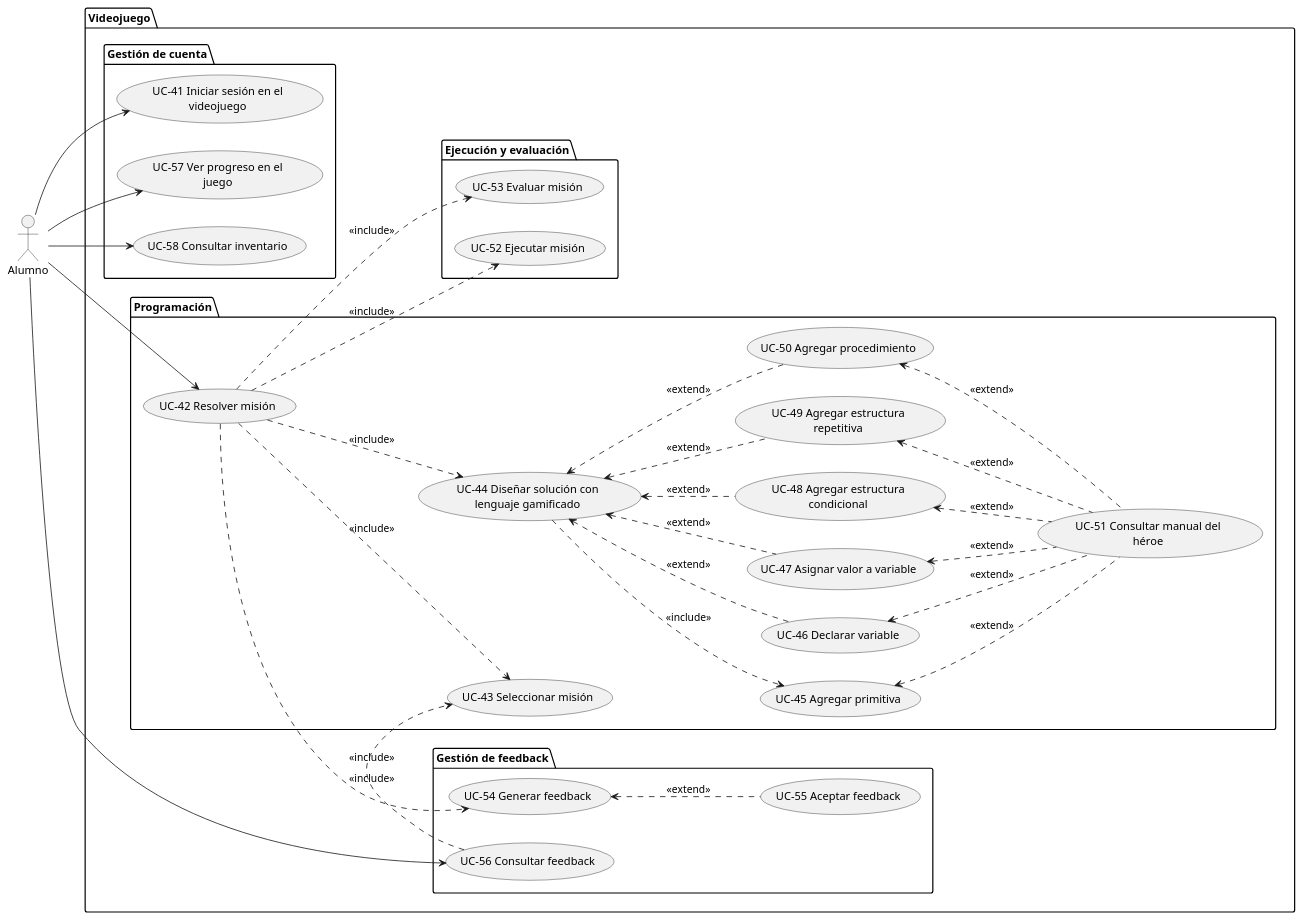
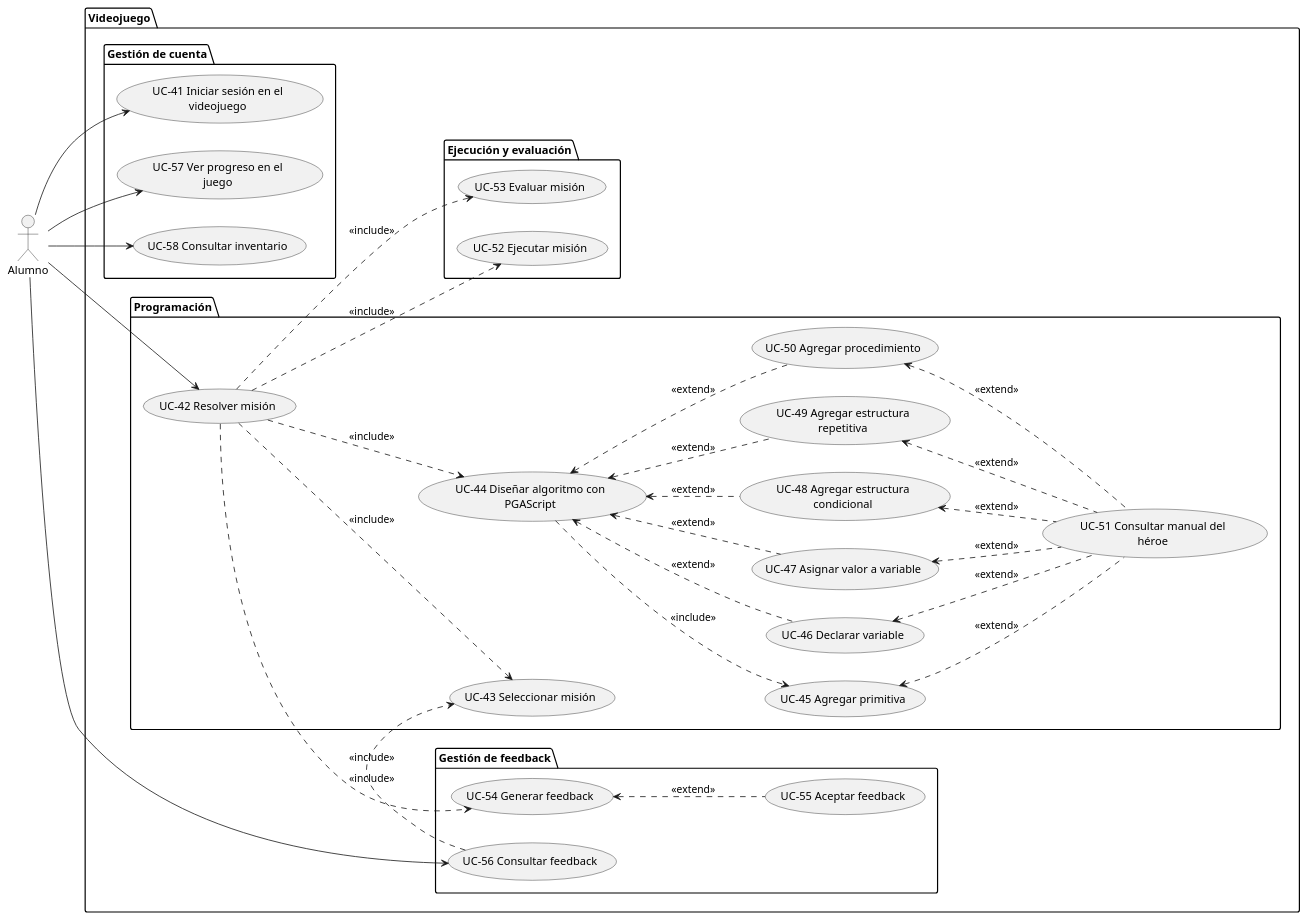
Before and after one commit to francoalbornoz2002/ASC-ProyectoAlgoritmia-TrabajoFinal: the diagram in docs/requisitos/casos-de-uso/diagramas-casos-de-uso/videojuego/dcu-videojuego-expandido.puml, drawn with PlantUML. The commit also changed 4 other files, not shown here.

```diff
--- a/docs/requisitos/casos-de-uso/diagramas-casos-de-uso/videojuego/dcu-videojuego-expandido.puml
+++ b/docs/requisitos/casos-de-uso/diagramas-casos-de-uso/videojuego/dcu-videojuego-expandido.puml
@@ -1,94 +1,94 @@
 @startuml DCU_VideojuegoExpandido
 left to right direction
 
 skinparam usecasePadding 15
 skinparam actorPadding 15
 skinparam wrapWidth 200
 
 actor Alumno
 
 package "Videojuego" {
   /'usecase "UC-41 Iniciar sesión en el videojuego" as UC41
   usecase "UC-42 Resolver misión" as UC42
   usecase "UC-43 Seleccionar misión" as UC43
   usecase "UC-44 Diseñar solución con lenguaje gamificado" as UC44
   usecase "UC-45 Agregar acción" as UC45
   usecase "UC-46 Declarar variable" as UC46
   usecase "UC-47 Asignar valor a variable" as UC47
   usecase "UC-48 Agregar estructura condicional" as UC48
   usecase "UC-49 Agregar estructura repetitiva" as UC49
   usecase "UC-50 Agregar procedimiento" as UC50
   usecase "UC-51 Consultar manual del héroe" as UC51
   usecase "UC-52 Ejecutar misión" as UC52
   usecase "UC-53 Evaluar misión" as UC53
   usecase "UC-54 Generar feedback" as UC54
   usecase "UC-55 Aceptar feedback" as UC55
   usecase "UC-56 Consultar feedback" as UC56
   usecase "UC-57 Ver progreso en el juego" as UC57
   usecase "UC-58 Consultar inventario" as UC58'/
 
   package "Gestión de cuenta"{
     usecase "UC-41 Iniciar sesión en el videojuego" as UC41
     usecase "UC-57 Ver progreso en el juego" as UC57
     usecase "UC-58 Consultar inventario" as UC58
   }
   package "Ejecución y evaluación"{
     usecase "UC-52 Ejecutar misión" as UC52
     usecase "UC-53 Evaluar misión" as UC53
   }
   package "Gestión de feedback"{
     usecase "UC-54 Generar feedback" as UC54
     usecase "UC-55 Aceptar feedback" as UC55
     usecase "UC-56 Consultar feedback" as UC56
   }
   package "Programación"{
     usecase "UC-42 Resolver misión" as UC42
     usecase "UC-43 Seleccionar misión" as UC43
-    usecase "UC-44 Diseñar solución con lenguaje gamificado" as UC44
+    usecase "UC-44 Diseñar algoritmo con PGAScript" as UC44
     usecase "UC-45 Agregar primitiva" as UC45
     usecase "UC-46 Declarar variable" as UC46
     usecase "UC-47 Asignar valor a variable" as UC47
     usecase "UC-48 Agregar estructura condicional" as UC48
     usecase "UC-49 Agregar estructura repetitiva" as UC49
     usecase "UC-50 Agregar procedimiento" as UC50
     usecase "UC-51 Consultar manual del héroe" as UC51
   }
 }
 
 'Gestión de cuenta
 Alumno --> UC41
 Alumno --> UC57
 Alumno --> UC58
 
 'Programación
 Alumno --> UC42
 UC42 ..> UC43 : <<include>>
 UC42 ..> UC44 : <<include>>
 UC42 ..> UC52 : <<include>>
   'Ejecución y evaluación
   UC42 ..> UC53 : <<include>>
   UC42 ..> UC54 : <<include>>
 UC44 ..> UC45 : <<include>>
 UC44 <.. UC46 : <<extend>>
 UC44 <.. UC47 : <<extend>>
 UC44 <.. UC48 : <<extend>>
 UC44 <.. UC49 : <<extend>>
 UC44 <.. UC50 : <<extend>>
 
 UC45 <.. UC51 : <<extend>>
 UC46 <.. UC51 : <<extend>>
 UC47 <.. UC51 : <<extend>>
 UC48 <.. UC51 : <<extend>>
 UC49 <.. UC51 : <<extend>>
 UC50 <.. UC51 : <<extend>>
 
 
 
 
 
   'Gestión de feedback
   Alumno --> UC56
   UC54 <.. UC55 : <<extend>>
   UC56 ..> UC43 : <<include>>
 
 @enduml
```
